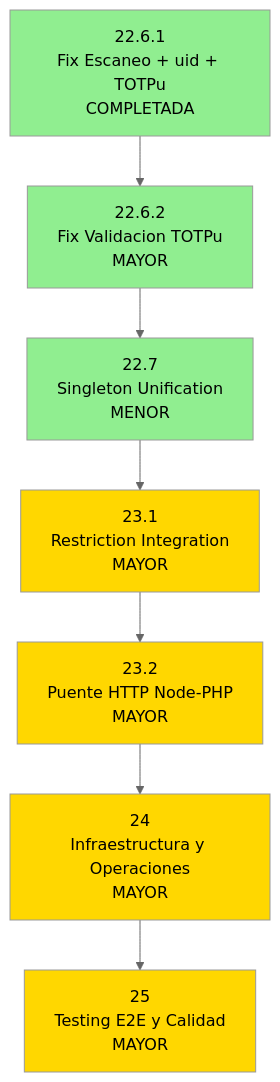
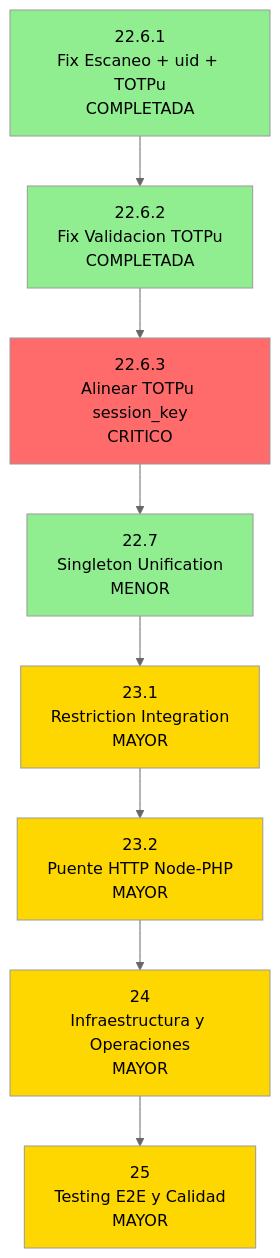
Before and after one commit to Ragnarsss/capstone-backend: the diagram in ROADMAP.md, drawn with Mermaid (neutral theme). The commit also changed other lines of this file, not shown here.

Commit message:
docs(roadmap): agregar fase 22.6.3 - alinear TOTPu con diseno session_key

````diff
--- a/ROADMAP.md
+++ b/ROADMAP.md
@@ -56,25 +57,28 @@
 ```mermaid
 flowchart TB
     P0[22.6.1<br/>Fix Escaneo + uid + TOTPu<br/>COMPLETADA]
-    P1[22.6.2<br/>Fix Validacion TOTPu<br/>MAYOR]
+    P1[22.6.2<br/>Fix Validacion TOTPu<br/>COMPLETADA]
+    P1_1[22.6.3<br/>Alinear TOTPu session_key<br/>CRITICO]
     P2[22.7<br/>Singleton Unification<br/>MENOR]
     P3[23.1<br/>Restriction Integration<br/>MAYOR]
     P4[23.2<br/>Puente HTTP Node-PHP<br/>MAYOR]
     P5[24<br/>Infraestructura y Operaciones<br/>MAYOR]
     P6[25<br/>Testing E2E y Calidad<br/>MAYOR]
     
     P0 --> P1
-    P1 --> P2
+    P1 --> P1_1
+    P1_1 --> P2
     P2 --> P3
     P3 --> P4
     P4 --> P5
     P5 --> P6
 
     style P0 fill:#90EE90
     style P1 fill:#90EE90
+    style P1_1 fill:#FF6B6B
     style P2 fill:#90EE90
     style P3 fill:#FFD700
     style P4 fill:#FFD700
     style P5 fill:#FFD700
     style P6 fill:#FFD700
 ```
````
